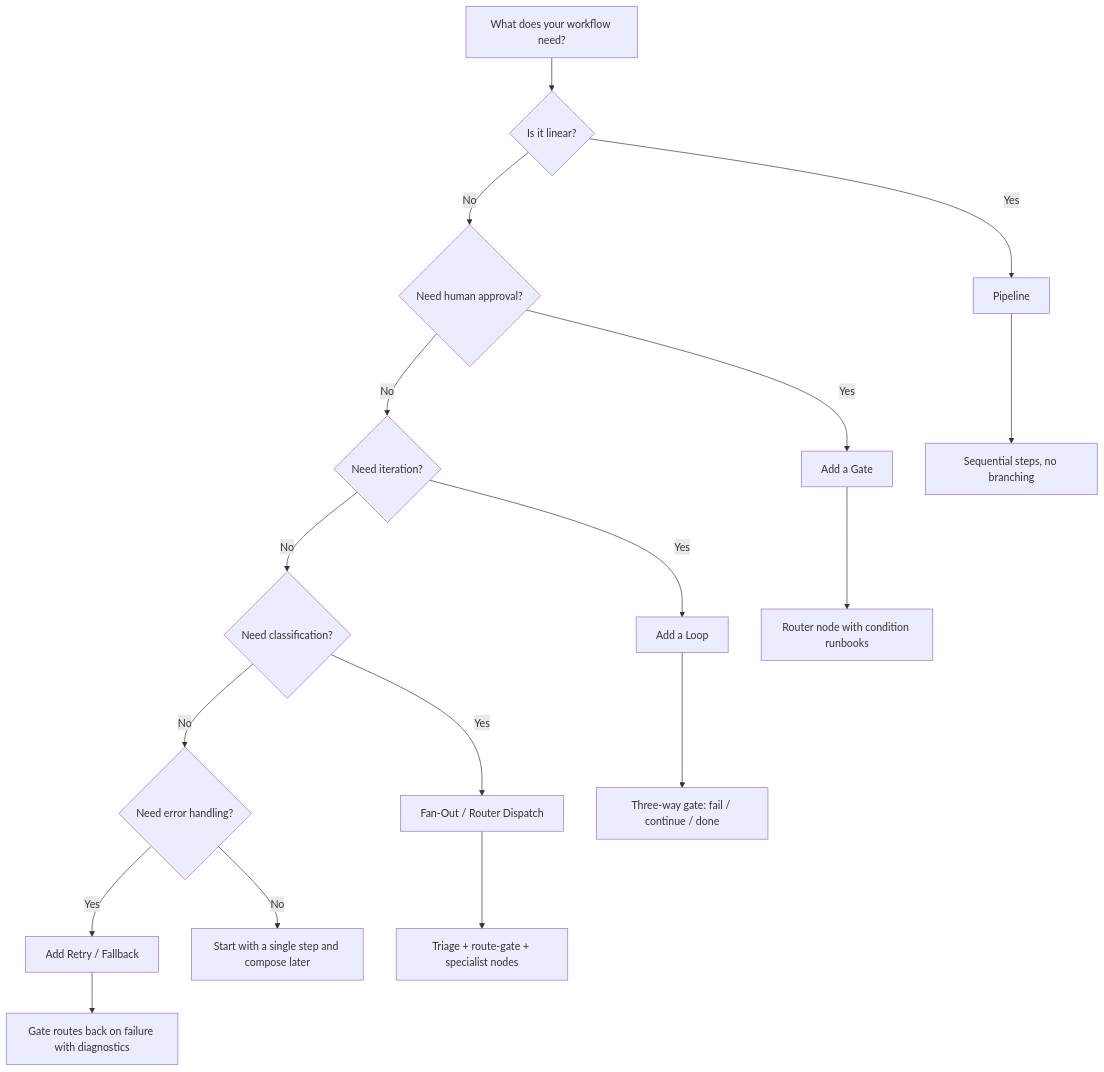
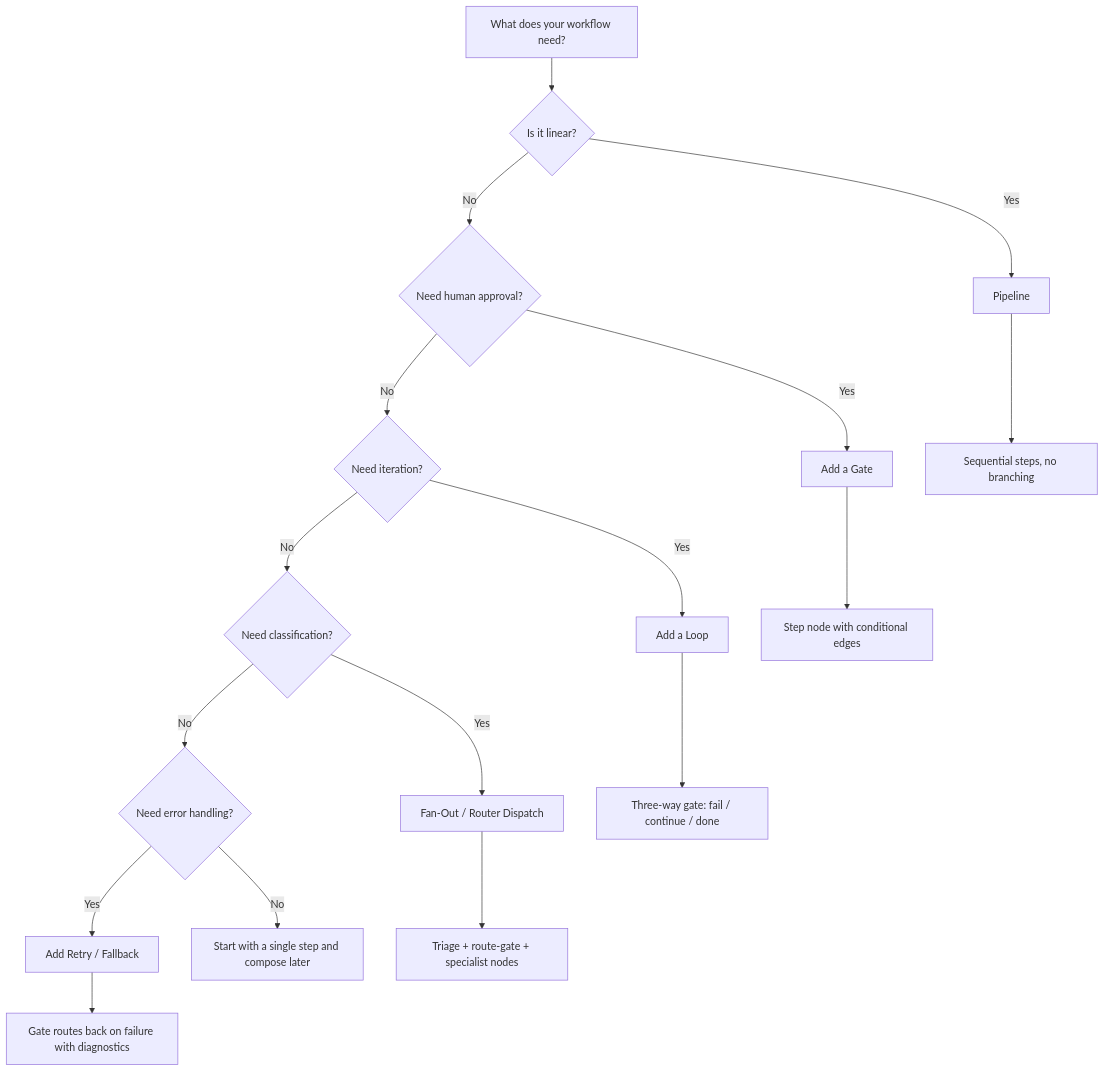
Before and after one commit to shubhtoy/AgentFlow: the diagram in studio/content/docs/authoring/patterns.mdx, drawn with Mermaid. The commit also changed other lines of this file and 956 other files, not shown here.

````diff
--- a/studio/content/docs/authoring/patterns.mdx
+++ b/studio/content/docs/authoring/patterns.mdx
@@ -266,20 +250,20 @@
 ```mermaid
 flowchart TD
     A[What does your workflow need?] --> B{Is it linear?}
     B -->|Yes| C[Pipeline]
     B -->|No| D{Need human approval?}
     D -->|Yes| E[Add a Gate]
     D -->|No| F{Need iteration?}
     F -->|Yes| G[Add a Loop]
     F -->|No| H{Need classification?}
     H -->|Yes| I[Fan-Out / Router Dispatch]
     H -->|No| J{Need error handling?}
     J -->|Yes| K[Add Retry / Fallback]
     J -->|No| L[Start with a single step and compose later]
 
     C --> M[Sequential steps, no branching]
-    E --> N[Router node with condition runbooks]
+    E --> N[Step node with conditional edges]
     G --> O[Three-way gate: fail / continue / done]
     I --> P[Triage + route-gate + specialist nodes]
     K --> Q[Gate routes back on failure with diagnostics]
 ```
````
